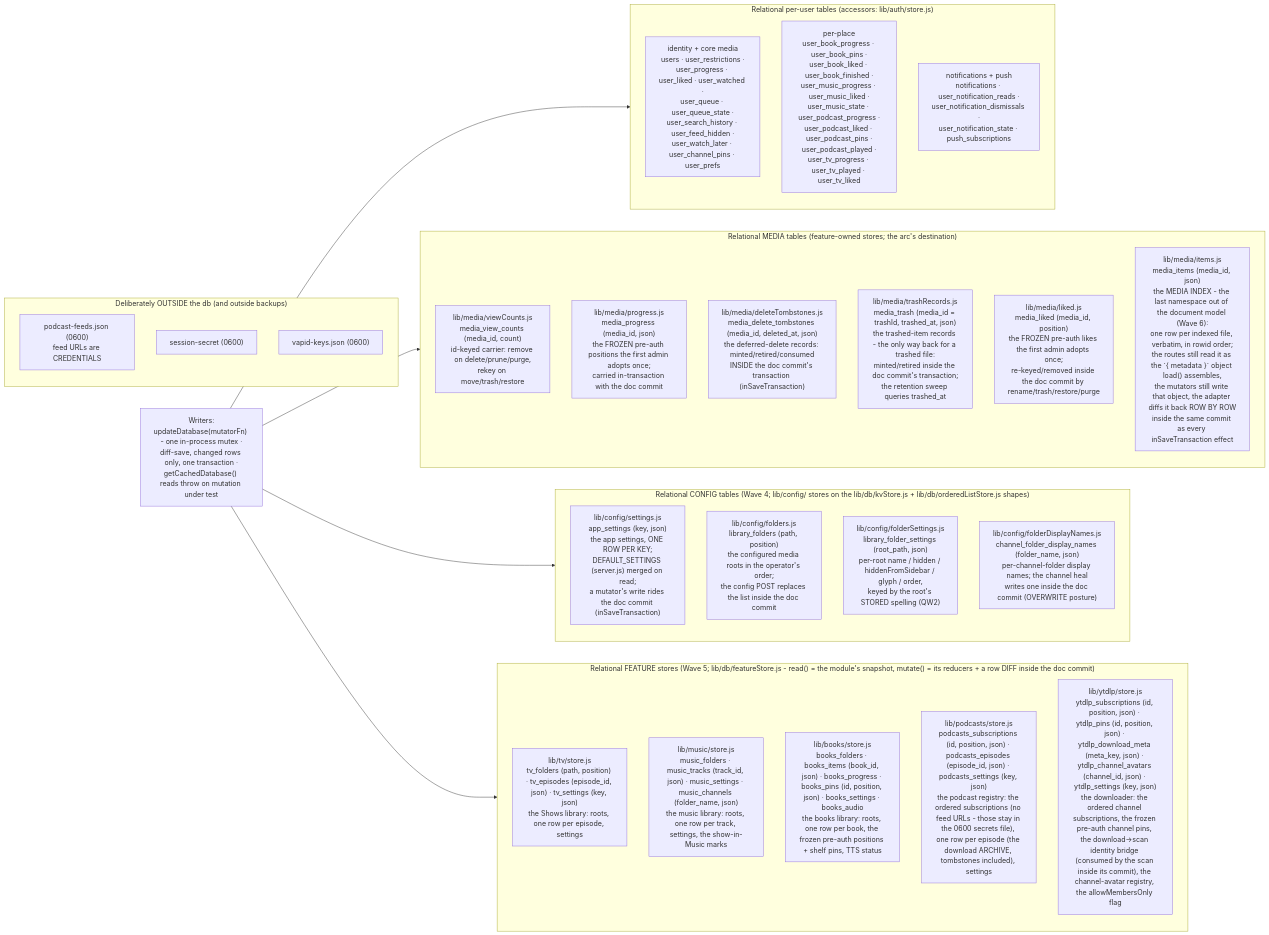
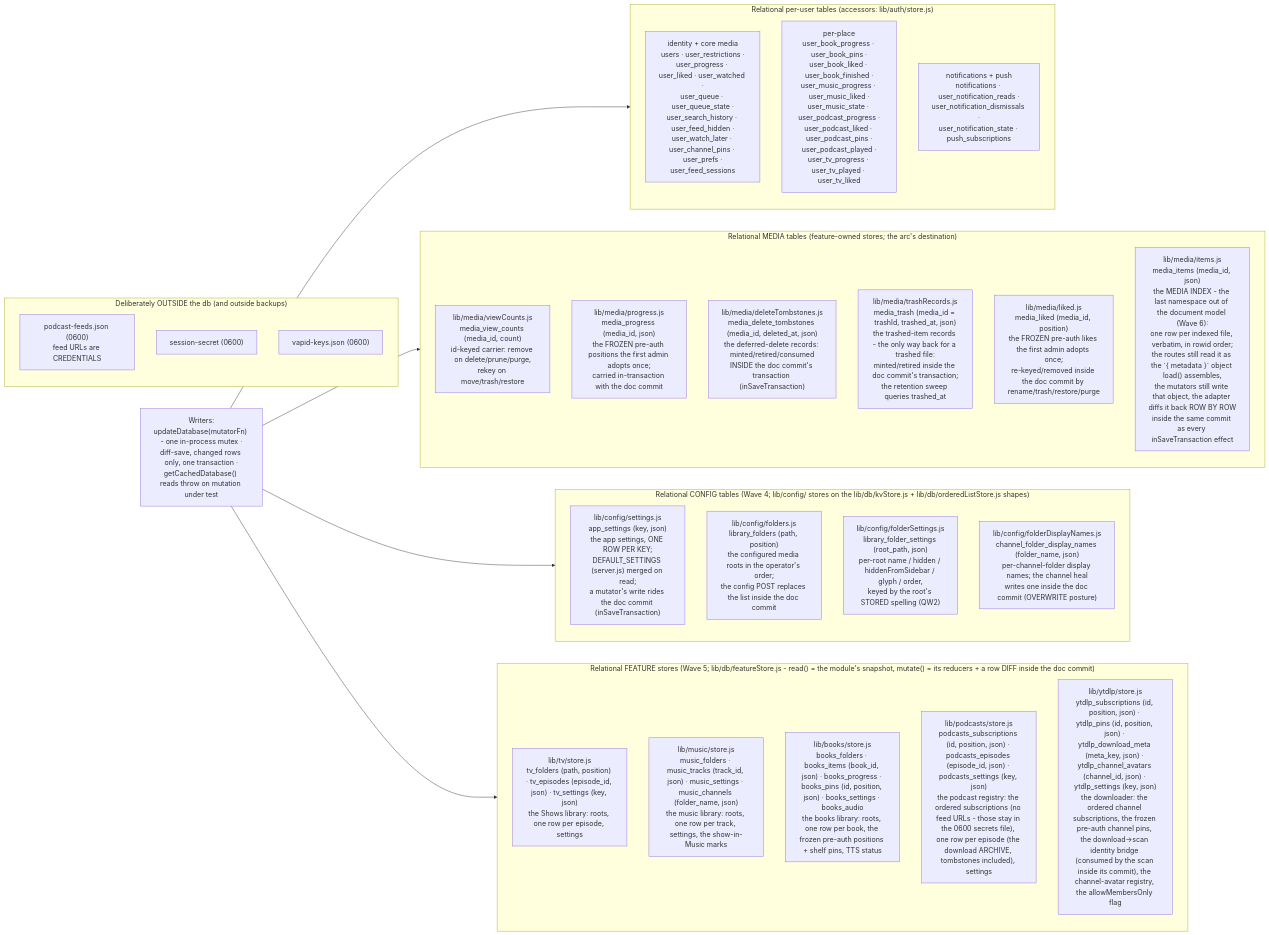
One commit to dtammam/filetube changed the second of 6 diagrams in docs/DIAGRAMS.md. Above: the diagram before and after it, drawn with Mermaid. The commit also changed other lines of this file and 19 other files, not shown here.

````diff
--- a/docs/DIAGRAMS.md
+++ b/docs/DIAGRAMS.md
@@ -106,45 +106,45 @@
 ```mermaid
 flowchart LR
     subgraph REL["Relational per-user tables (accessors: lib/auth/store.js)"]
-        CORE["identity + core media<br/>users · user_restrictions ·<br/>user_progress · user_liked · user_watched ·<br/>user_queue · user_queue_state ·<br/>user_search_history · user_feed_hidden ·<br/>user_watch_later · user_channel_pins · user_prefs"]
+        CORE["identity + core media<br/>users · user_restrictions ·<br/>user_progress · user_liked · user_watched ·<br/>user_queue · user_queue_state ·<br/>user_search_history · user_feed_hidden ·<br/>user_watch_later · user_channel_pins · user_prefs ·<br/>user_feed_sessions"]
         PLACEST["per-place<br/>user_book_progress · user_book_pins ·<br/>user_book_liked · user_book_finished ·<br/>user_music_progress · user_music_liked ·<br/>user_music_state · user_podcast_progress ·<br/>user_podcast_liked · user_podcast_pins ·<br/>user_podcast_played ·<br/>user_tv_progress · user_tv_played · user_tv_liked"]
         NOTIF["notifications + push<br/>notifications · user_notification_reads ·<br/>user_notification_dismissals ·<br/>user_notification_state · push_subscriptions"]
     end
 
     subgraph MEDIA["Relational MEDIA tables (feature-owned stores; the arc's destination)"]
         VC["lib/media/viewCounts.js<br/>media_view_counts (media_id, count)<br/>id-keyed carrier: remove on delete/prune/purge,<br/>rekey on move/trash/restore"]
         PR["lib/media/progress.js<br/>media_progress (media_id, json)<br/>the FROZEN pre-auth positions the first admin adopts once;<br/>carried in-transaction with the doc commit"]
         DT["lib/media/deleteTombstones.js<br/>media_delete_tombstones (media_id, deleted_at, json)<br/>the deferred-delete records: minted/retired/consumed<br/>INSIDE the doc commit's transaction (inSaveTransaction)"]
         TR["lib/media/trashRecords.js<br/>media_trash (media_id = trashId, trashed_at, json)<br/>the trashed-item records - the only way back for a trashed file:<br/>minted/retired inside the doc commit's transaction;<br/>the retention sweep queries trashed_at"]
         LK["lib/media/liked.js<br/>media_liked (media_id, position)<br/>the FROZEN pre-auth likes the first admin adopts once;<br/>re-keyed/removed inside the doc commit by rename/trash/restore/purge"]
         MI["lib/media/items.js<br/>media_items (media_id, json)<br/>the MEDIA INDEX - the last namespace out of the document model (Wave 6):<br/>one row per indexed file, verbatim, in rowid order;<br/>the routes still read it as the `{ metadata }` object load() assembles,<br/>the mutators still write that object, the adapter diffs it back ROW BY ROW<br/>inside the same commit as every inSaveTransaction effect"]
     end
 
     subgraph CONFIG["Relational CONFIG tables (Wave 4; lib/config/ stores on the lib/db/kvStore.js + lib/db/orderedListStore.js shapes)"]
         ST["lib/config/settings.js<br/>app_settings (key, json)<br/>the app settings, ONE ROW PER KEY;<br/>DEFAULT_SETTINGS (server.js) merged on read;<br/>a mutator's write rides the doc commit (inSaveTransaction)"]
         FO["lib/config/folders.js<br/>library_folders (path, position)<br/>the configured media roots in the operator's order;<br/>the config POST replaces the list inside the doc commit"]
         FS["lib/config/folderSettings.js<br/>library_folder_settings (root_path, json)<br/>per-root name / hidden / hiddenFromSidebar / glyph / order,<br/>keyed by the root's STORED spelling (QW2)"]
         FD["lib/config/folderDisplayNames.js<br/>channel_folder_display_names (folder_name, json)<br/>per-channel-folder display names; the channel heal<br/>writes one inside the doc commit (OVERWRITE posture)"]
     end
 
     subgraph FEATURES["Relational FEATURE stores (Wave 5; lib/db/featureStore.js - read() = the module's snapshot, mutate() = its reducers + a row DIFF inside the doc commit)"]
         TV["lib/tv/store.js<br/>tv_folders (path, position) · tv_episodes (episode_id, json) · tv_settings (key, json)<br/>the Shows library: roots, one row per episode, settings"]
         MU["lib/music/store.js<br/>music_folders · music_tracks (track_id, json) · music_settings · music_channels (folder_name, json)<br/>the music library: roots, one row per track, settings, the show-in-Music marks"]
         BK["lib/books/store.js<br/>books_folders · books_items (book_id, json) · books_progress · books_pins (id, position, json) · books_settings · books_audio<br/>the books library: roots, one row per book, the frozen pre-auth positions + shelf pins, TTS status"]
         PC["lib/podcasts/store.js<br/>podcasts_subscriptions (id, position, json) · podcasts_episodes (episode_id, json) · podcasts_settings (key, json)<br/>the podcast registry: the ordered subscriptions (no feed URLs - those stay in the 0600 secrets file), one row per episode (the download ARCHIVE, tombstones included), settings"]
         YT["lib/ytdlp/store.js<br/>ytdlp_subscriptions (id, position, json) · ytdlp_pins (id, position, json) · ytdlp_download_meta (meta_key, json) · ytdlp_channel_avatars (channel_id, json) · ytdlp_settings (key, json)<br/>the downloader: the ordered channel subscriptions, the frozen pre-auth channel pins, the download->scan identity bridge (consumed by the scan inside its commit), the channel-avatar registry, the allowMembersOnly flag"]
     end
 
     subgraph OUT["Deliberately OUTSIDE the db (and outside backups)"]
         FEEDS["podcast-feeds.json (0600)<br/>feed URLs are CREDENTIALS"]
         SS["session-secret (0600)"]
         VAPID["vapid-keys.json (0600)"]
     end
 
     WRITERS["Writers:<br/>updateDatabase(mutatorFn) - one in-process mutex ·<br/>diff-save, changed rows only, one transaction ·<br/>getCachedDatabase() reads throw on mutation under test"]
 
     WRITERS --> REL
     WRITERS --> MEDIA
     WRITERS --> CONFIG
     WRITERS --> FEATURES
 ```
````
